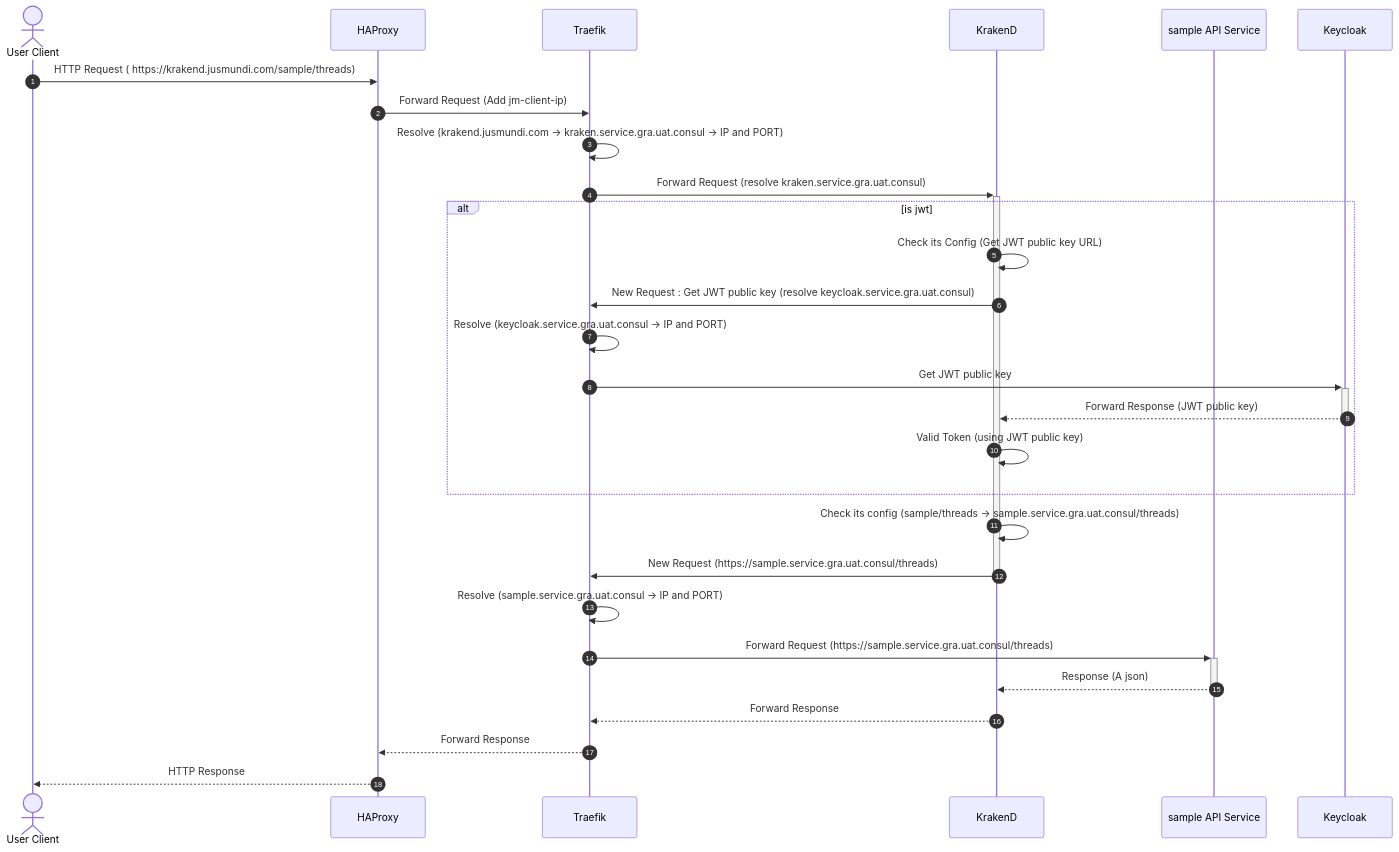
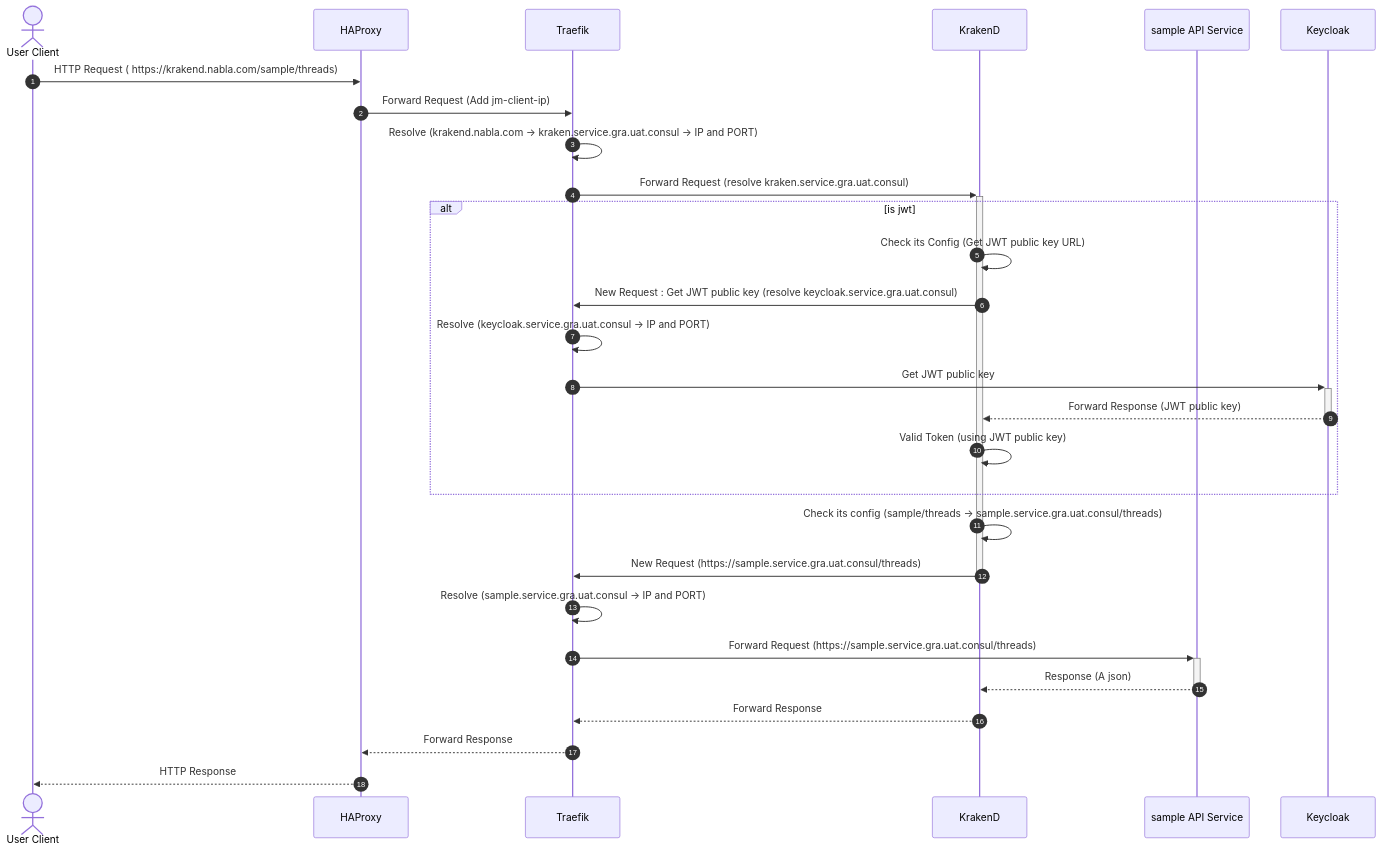
Before and after one commit to AlbanAndrieu/fastapi-sample: the first of 2 diagrams in README.md, drawn with Mermaid. The commit also changed other lines of this file and 22 other files, not shown here.

````diff
--- a/README.md
+++ b/README.md
@@ -121,31 +121,31 @@
 ```mermaid
 sequenceDiagram
     actor User as User Client
     participant HAProxy as HAProxy
     participant Traefik as Traefik
     participant KrakenD as KrakenD
     participant API as sample API Service
 
     autonumber
-    User ->> HAProxy: HTTP Request ( https://krakend.jusmundi.com/sample/threads)
+    User ->> HAProxy: HTTP Request ( https://krakend.nabla.com/sample/threads)
     HAProxy ->> Traefik: Forward Request (Add jm-client-ip)
-    Traefik ->> Traefik: Resolve (krakend.jusmundi.com -> kraken.service.gra.uat.consul -> IP and PORT)
+    Traefik ->> Traefik: Resolve (krakend.nabla.com -> kraken.service.gra.uat.consul -> IP and PORT)
     Traefik ->>+ KrakenD: Forward Request (resolve kraken.service.gra.uat.consul)
     alt is jwt
     KrakenD ->> KrakenD: Check its Config (Get JWT public key URL)
     KrakenD ->> Traefik: New Request : Get JWT public key (resolve keycloak.service.gra.uat.consul)
     Traefik ->> Traefik: Resolve (keycloak.service.gra.uat.consul -> IP and PORT)
     Traefik ->>+ Keycloak: Get JWT public key
     Keycloak -->>- KrakenD: Forward Response (JWT public key)
     KrakenD ->> KrakenD: Valid Token (using JWT public key)
     end
     KrakenD ->> KrakenD: Check its config  (sample/threads -> sample.service.gra.uat.consul/threads)
     KrakenD ->>- Traefik: New Request (https://sample.service.gra.uat.consul/threads)
     Traefik ->> Traefik: Resolve (sample.service.gra.uat.consul -> IP and PORT)
     Traefik ->>+ API: Forward Request (https://sample.service.gra.uat.consul/threads)
     API -->>- KrakenD: Response (A json)
     KrakenD -->> Traefik: Forward Response
     Traefik -->> HAProxy: Forward Response
     HAProxy -->> User: HTTP Response
 
 ```
````
